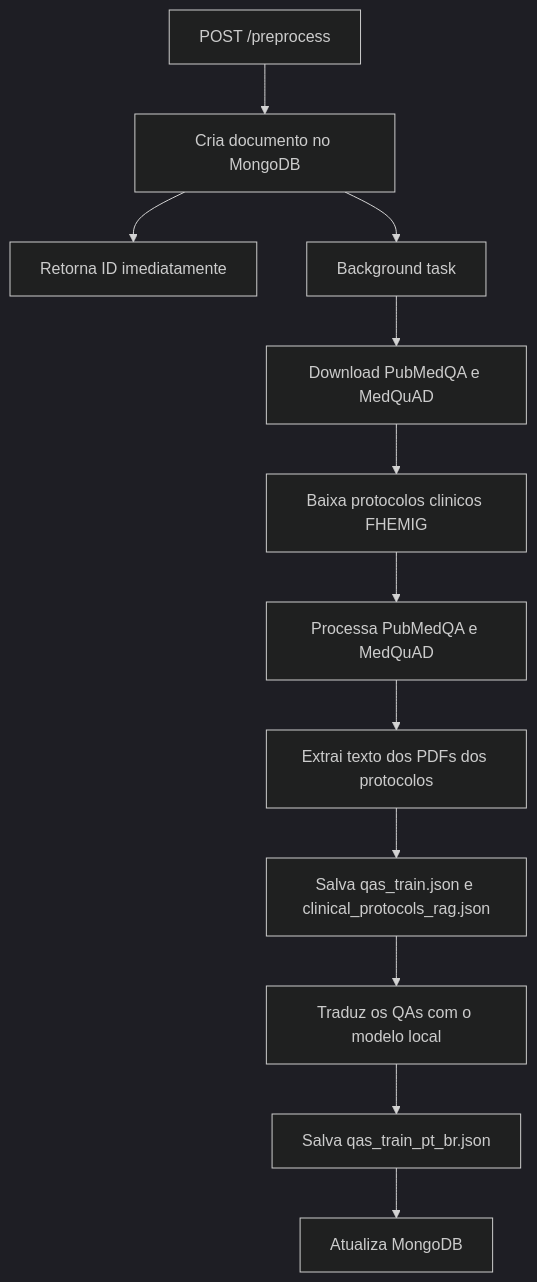
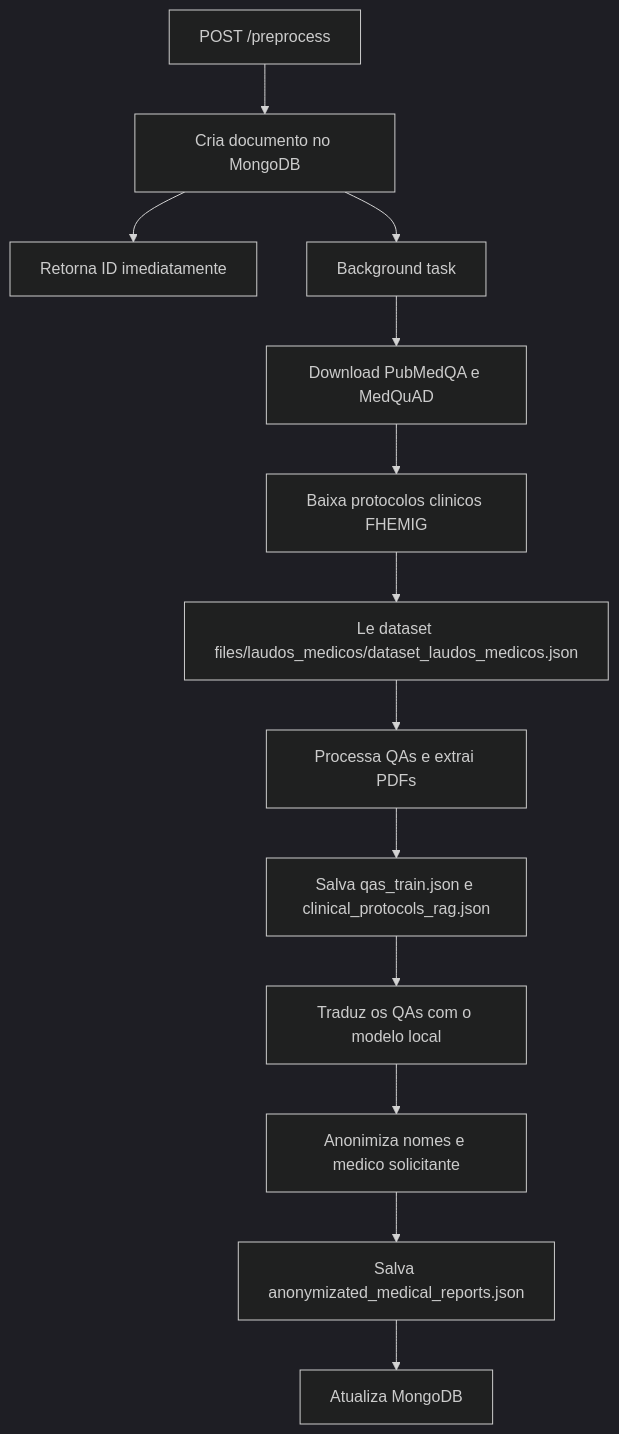
Before and after one commit to vagner-nascimento/fiap-pos-ia-para-devs-fase3-tech-challenge: the second of 2 diagrams in backend/README.md, drawn with Mermaid (dark theme). The commit also changed other lines of this file and 6 other files, not shown here.

````diff
--- a/backend/README.md
+++ b/backend/README.md
@@ -617,14 +617,15 @@
 ```mermaid
 flowchart TD
     A[POST /preprocess] --> B[Cria documento no MongoDB]
     B --> C[Retorna ID imediatamente]
     B --> D[Background task]
     D --> E[Download PubMedQA e MedQuAD]
     E --> F[Baixa protocolos clinicos FHEMIG]
-    F --> G[Processa PubMedQA e MedQuAD]
-    G --> H[Extrai texto dos PDFs dos protocolos]
+    F --> G[Le dataset files/laudos_medicos/dataset_laudos_medicos.json]
+    G --> H[Processa QAs e extrai PDFs]
     H --> I[Salva qas_train.json e clinical_protocols_rag.json]
     I --> J[Traduz os QAs com o modelo local]
-    J --> K[Salva qas_train_pt_br.json]
-    K --> L[Atualiza MongoDB]
+    J --> K[Anonimiza nomes e medico solicitante]
+    K --> L[Salva anonymizated_medical_reports.json]
+    L --> M[Atualiza MongoDB]
 ```
````
